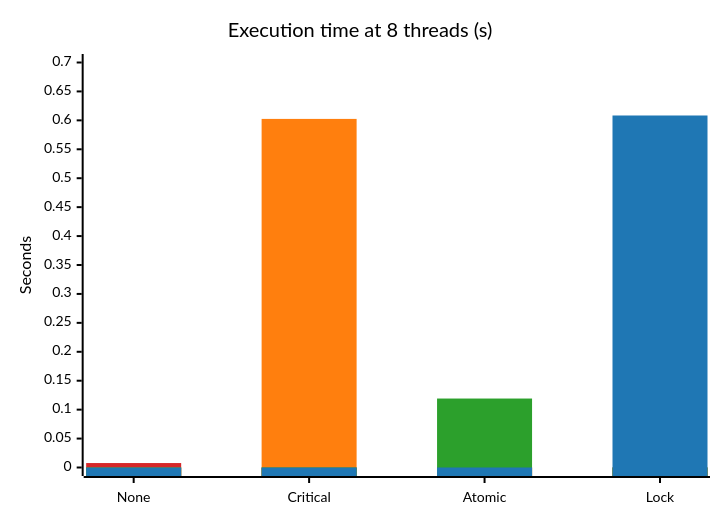
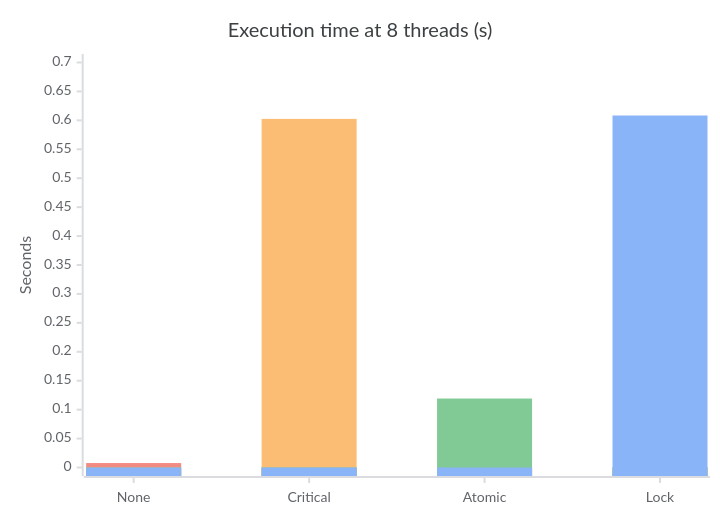
One commit to chaitanya-m5/parallel-sync-mechanisms changed the fourth of 5 diagrams in README.md. Above: the diagram before and after it, drawn with Mermaid. The commit also changed other lines of this file, not shown here.

````diff
--- a/README.md
+++ b/README.md
@@ -220,11 +220,11 @@
 ```mermaid
-%%{init: {"theme":"base","themeVariables":{"xyChart":{"backgroundColor":"#ffffff","titleColor":"#000000","xAxisLabelColor":"#000000","xAxisTitleColor":"#000000","xAxisTickColor":"#000000","xAxisLineColor":"#000000","yAxisLabelColor":"#000000","yAxisTitleColor":"#000000","yAxisTickColor":"#000000","yAxisLineColor":"#000000","plotColorPalette":"#d62728, #ff7f0e, #2ca02c, #1f77b4"}}}}%%
+%%{init: {"theme":"base","themeVariables":{"xyChart":{"backgroundColor":"#ffffff","titleColor":"#3c4043","xAxisLabelColor":"#5f6368","xAxisTitleColor":"#5f6368","xAxisTickColor":"#dadce0","xAxisLineColor":"#dadce0","yAxisLabelColor":"#5f6368","yAxisTitleColor":"#5f6368","yAxisTickColor":"#dadce0","yAxisLineColor":"#dadce0","plotColorPalette":"#f28b82, #fbbc74, #81c995, #8ab4f8"}}}}%%
 xychart-beta
     title "Execution time at 8 threads (s)"
     x-axis [None, Critical, Atomic, Lock]
     y-axis "Seconds" 0 --> 0.7
     bar [0.0077, 0, 0, 0]
     bar [0, 0.6025, 0, 0]
     bar [0, 0, 0.1192, 0]
     bar [0, 0, 0, 0.6084]
 ```
````
